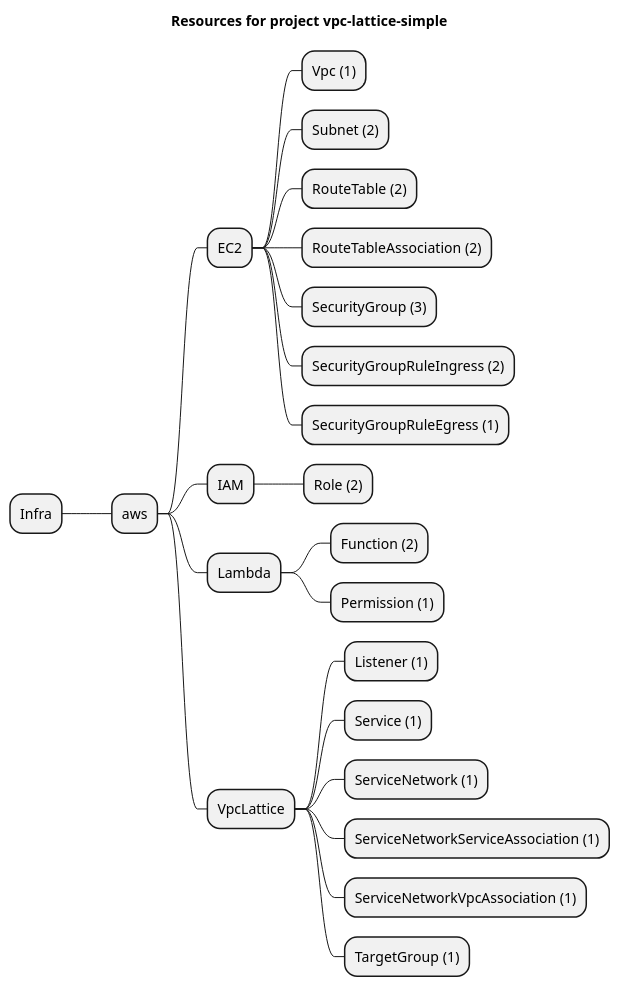
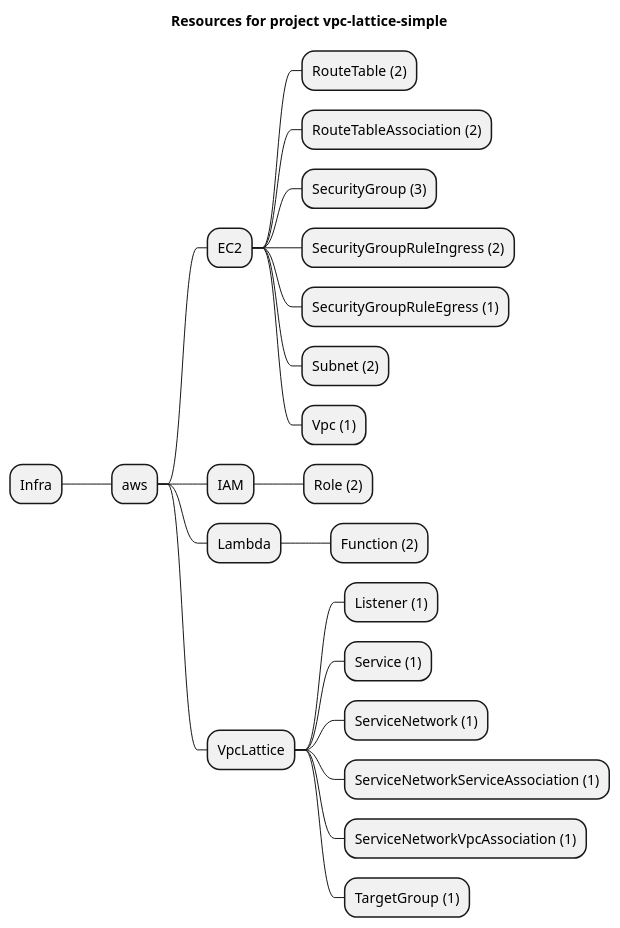
Before and after one commit to grucloud/grucloud: the diagram in examples/aws/VpcLattice/vpc-lattice-simple/artifacts/resources-mindmap.puml, drawn with PlantUML. The commit also changed 1 other file, not shown here.

```diff
--- a/examples/aws/VpcLattice/vpc-lattice-simple/artifacts/resources-mindmap.puml
+++ b/examples/aws/VpcLattice/vpc-lattice-simple/artifacts/resources-mindmap.puml
@@ -1,26 +1,25 @@
 @startmindmap
 title Resources for project vpc-lattice-simple
 skinparam monochrome true
 + Infra
 ++ aws
 +++ EC2
-++++ Vpc (1)
-++++ Subnet (2)
 ++++ RouteTable (2)
 ++++ RouteTableAssociation (2)
 ++++ SecurityGroup (3)
 ++++ SecurityGroupRuleIngress (2)
 ++++ SecurityGroupRuleEgress (1)
+++++ Subnet (2)
+++++ Vpc (1)
 +++ IAM
 ++++ Role (2)
 +++ Lambda
 ++++ Function (2)
-++++ Permission (1)
 +++ VpcLattice
 ++++ Listener (1)
 ++++ Service (1)
 ++++ ServiceNetwork (1)
 ++++ ServiceNetworkServiceAssociation (1)
 ++++ ServiceNetworkVpcAssociation (1)
 ++++ TargetGroup (1)
 @endmindmap
```
